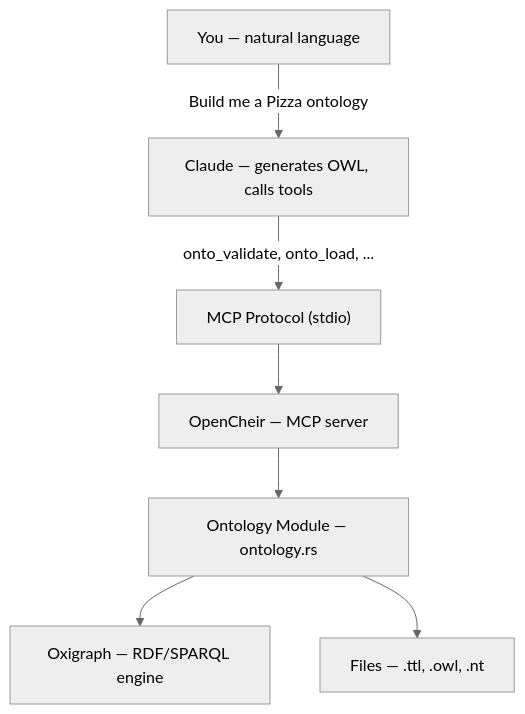
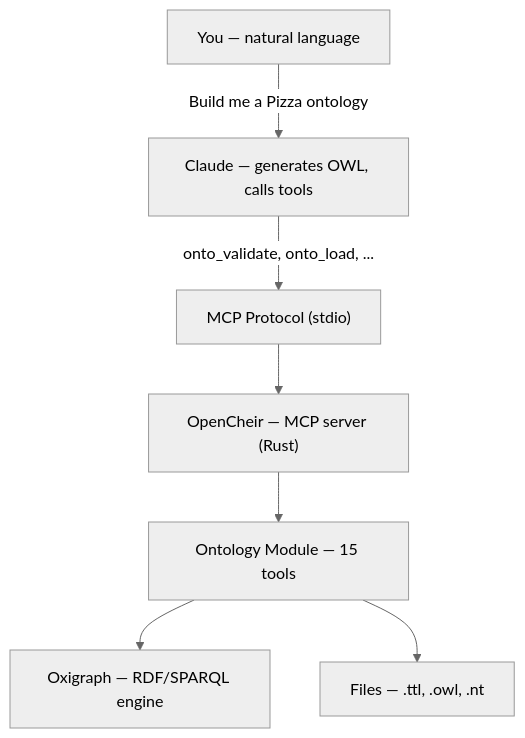
Before and after one commit to fabio-rovai/open-ontologies: the diagram in README.md, drawn with Mermaid (neutral theme). The commit also changed other lines of this file, not shown here.

First line of the commit message:
docs: explain why OpenCheir is needed, not just a single Claude prompt

````diff
--- a/README.md
+++ b/README.md
@@ -39,17 +52,17 @@
 ```mermaid
 flowchart TD
     You["You — natural language"]
     Claude["Claude — generates OWL, calls tools"]
     MCP["MCP Protocol (stdio)"]
-    OpenCheir["OpenCheir — MCP server"]
-    Ontology["Ontology Module — ontology.rs"]
+    OpenCheir["OpenCheir — MCP server (Rust)"]
+    Ontology["Ontology Module — 15 tools"]
     Oxigraph["Oxigraph — RDF/SPARQL engine"]
     Files["Files — .ttl, .owl, .nt"]
 
     You -->|"Build me a Pizza ontology"| Claude
     Claude -->|"onto_validate, onto_load, ..."| MCP
     MCP --> OpenCheir
     OpenCheir --> Ontology
     Ontology --> Oxigraph
     Ontology --> Files
 ```
````
